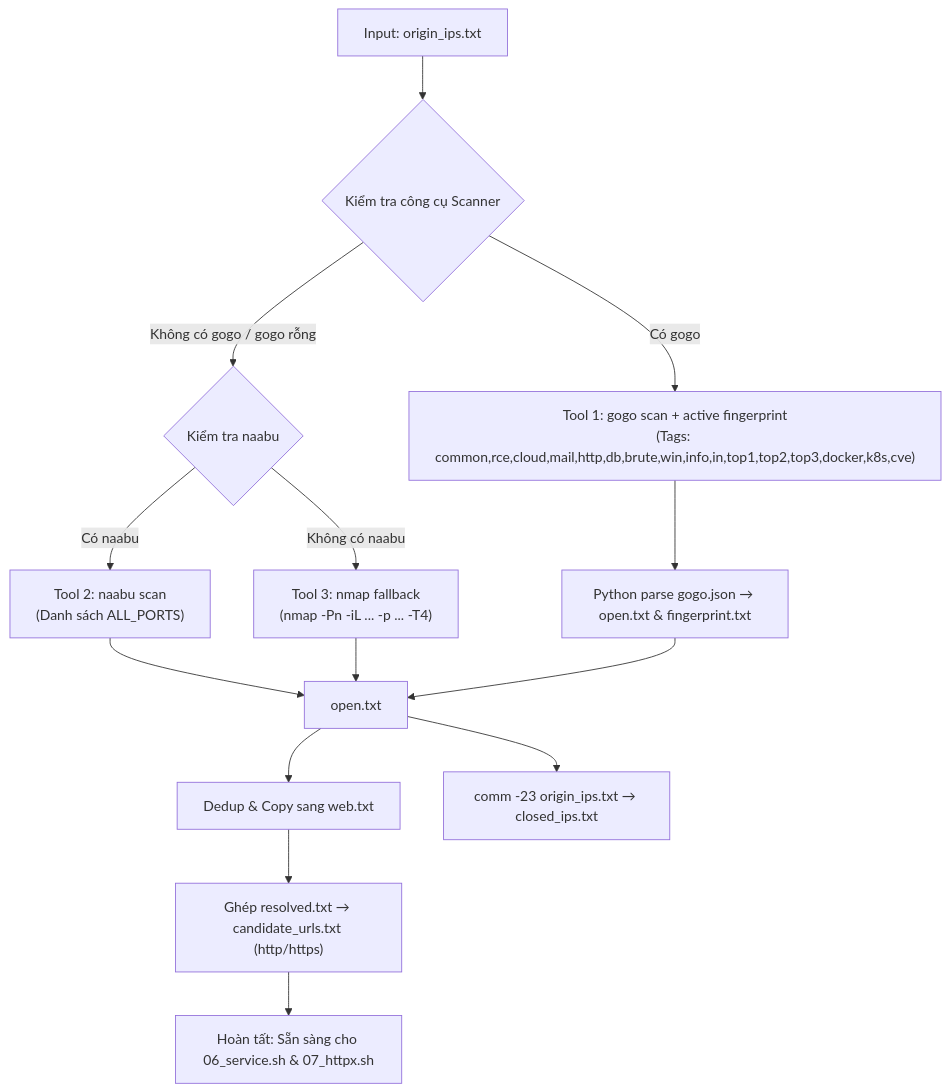
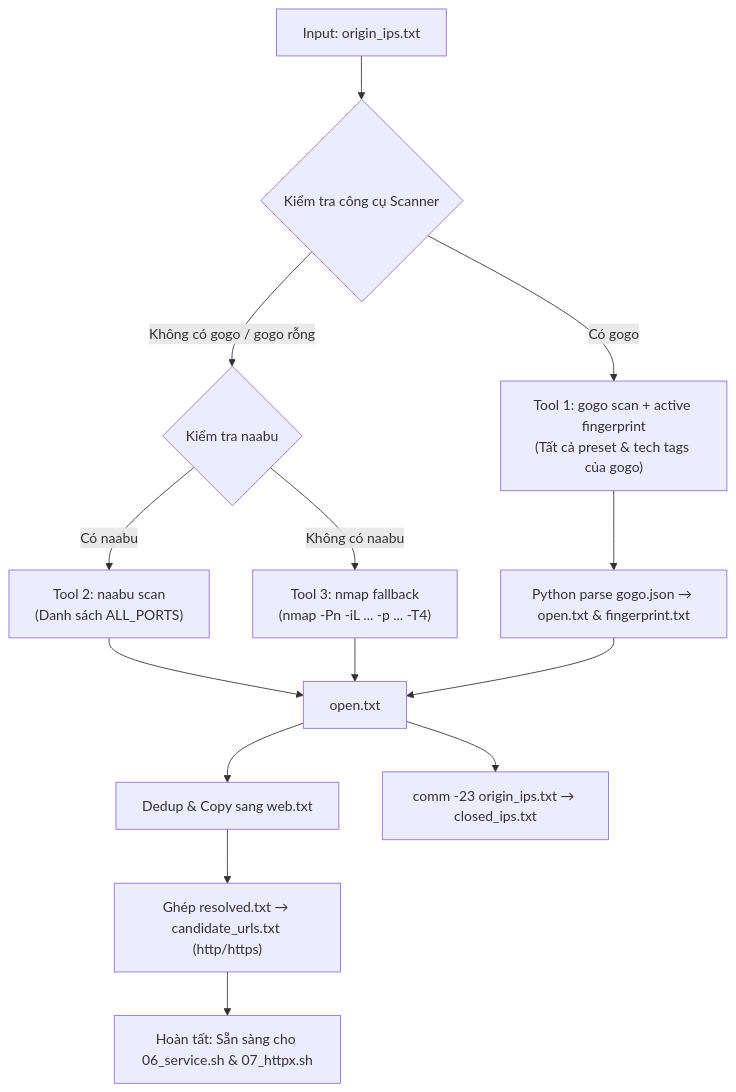
The diagram in docs/05_portscan.md (giangnamG/recon-pipeline), drawn with Mermaid before and after one commit. The commit also changed other lines of this file and 1 other file, not shown here.

Commit message:
feat(portscan): exhaustively include all 80+ individual and category tags of gogo

````diff
--- a/docs/05_portscan.md
+++ b/docs/05_portscan.md
@@ -52,16 +52,16 @@
 ```mermaid
 flowchart TD
     A["Input: origin_ips.txt"] --> B{"Kiểm tra công cụ Scanner"}
-    B -- "Có gogo" --> C["Tool 1: gogo scan + active fingerprint\n(Tags: common,rce,cloud,mail,http,db,brute,win,info,in,top1,top2,top3,docker,k8s,cve)"]
+    B -- "Có gogo" --> C["Tool 1: gogo scan + active fingerprint\n(Tất cả preset & tech tags của gogo)"]
     B -- "Không có gogo / gogo rỗng" --> D{"Kiểm tra naabu"}
     D -- "Có naabu" --> E["Tool 2: naabu scan\n(Danh sách ALL_PORTS)"]
     D -- "Không có naabu" --> F["Tool 3: nmap fallback\n(nmap -Pn -iL ... -p ... -T4)"]
     C --> G["Python parse gogo.json → open.txt & fingerprint.txt"]
     E --> H["open.txt"]
     F --> H
     G --> H
     H --> I["Dedup & Copy sang web.txt"]
     H --> J["comm -23 origin_ips.txt → closed_ips.txt"]
     I --> K["Ghép resolved.txt → candidate_urls.txt (http/https)"]
     K --> L["Hoàn tất: Sẵn sàng cho 06_service.sh & 07_httpx.sh"]
 ```
````
